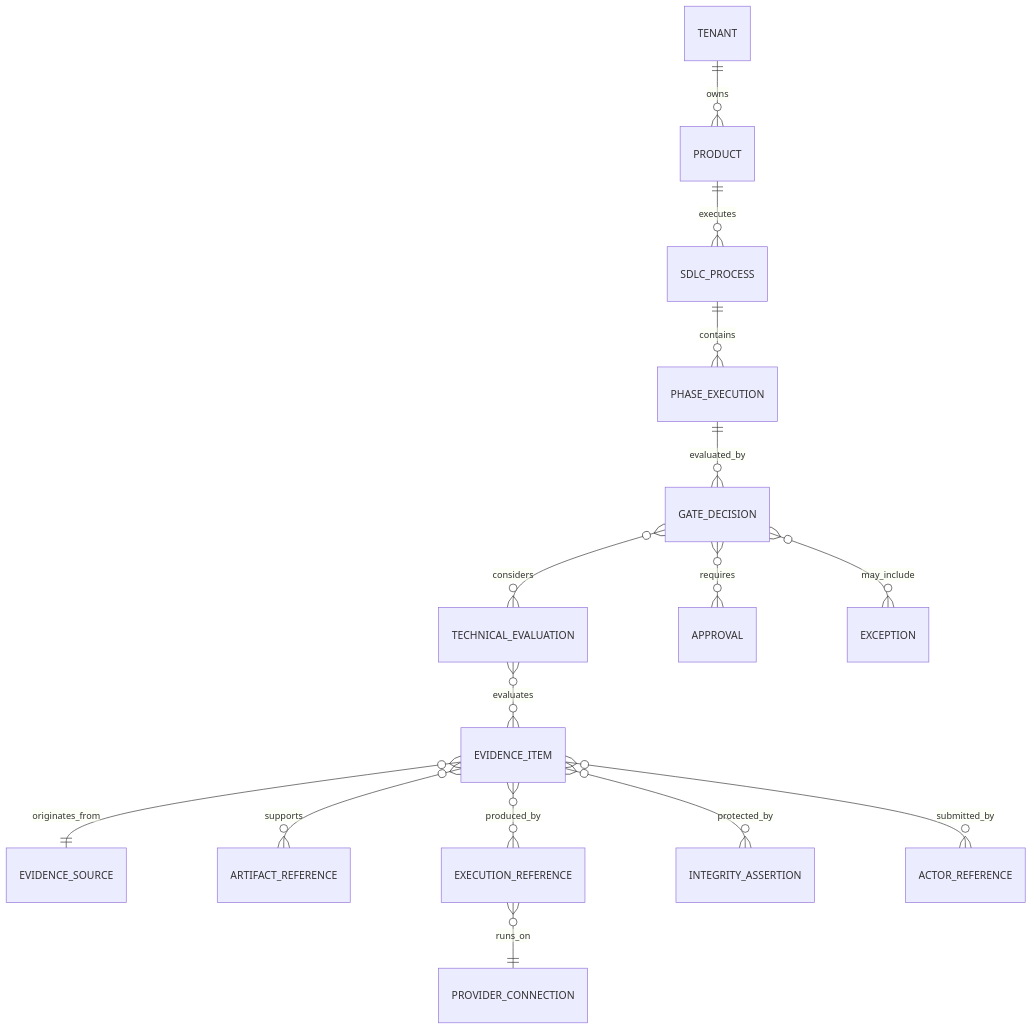
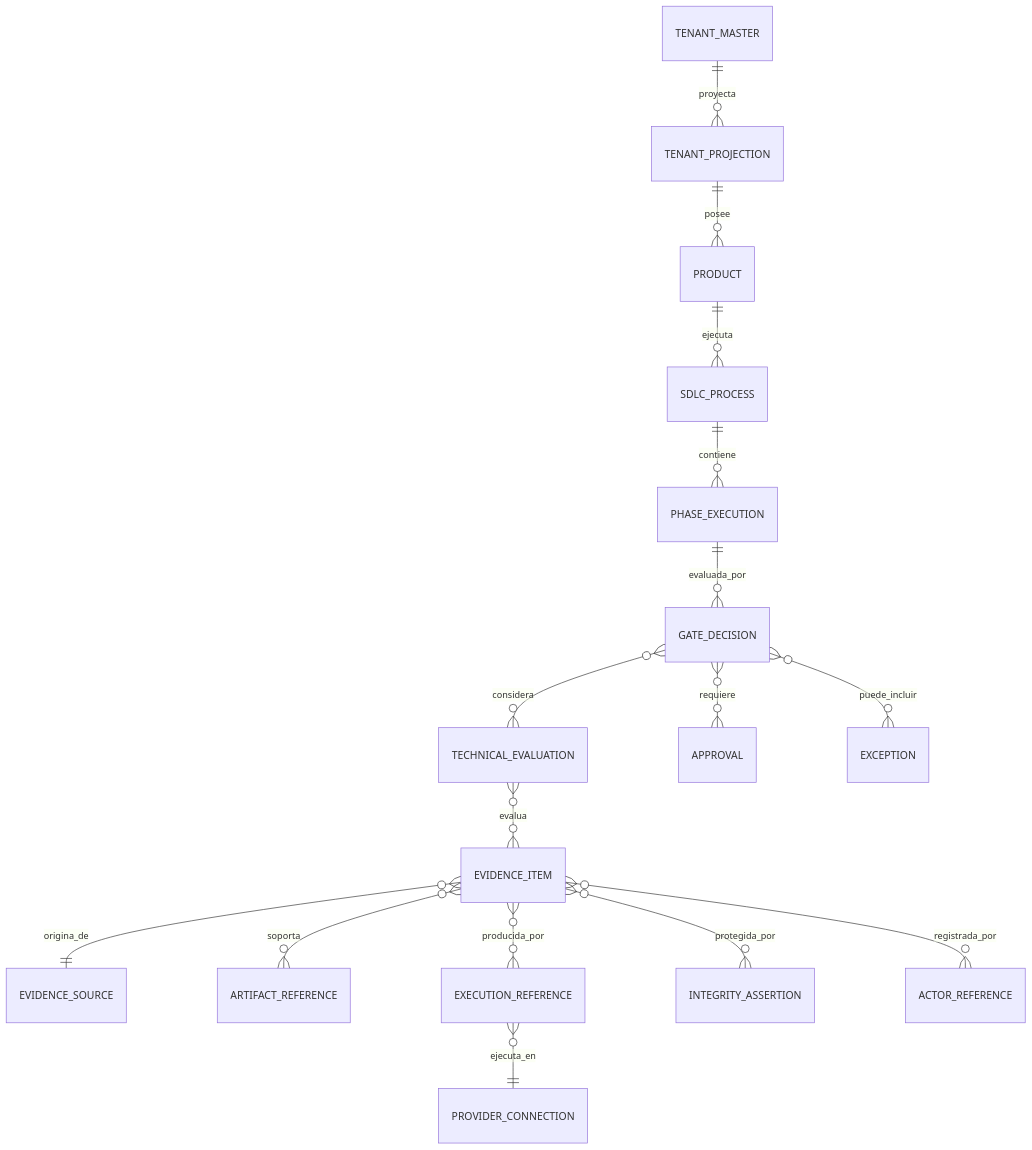
Before and after one commit to beyondnetcode/evolith_arch32: the fifth of 8 diagrams in product/suite/architecture/evolith-governed-composition-target-design.es.md, drawn with Mermaid. The commit also changed other lines of this file and 5 other files, not shown here.

Commit message:
docs: define tenant master projections

````diff
--- a/product/suite/architecture/evolith-governed-composition-target-design.es.md
+++ b/product/suite/architecture/evolith-governed-composition-target-design.es.md
@@ -230,17 +291,18 @@
 ```mermaid
 erDiagram
-    TENANT ||--o{ PRODUCT : owns
-    PRODUCT ||--o{ SDLC_PROCESS : executes
-    SDLC_PROCESS ||--o{ PHASE_EXECUTION : contains
-    PHASE_EXECUTION ||--o{ GATE_DECISION : evaluated_by
-    GATE_DECISION }o--o{ TECHNICAL_EVALUATION : considers
-    GATE_DECISION }o--o{ APPROVAL : requires
-    GATE_DECISION }o--o{ EXCEPTION : may_include
-    TECHNICAL_EVALUATION }o--o{ EVIDENCE_ITEM : evaluates
-    EVIDENCE_ITEM }o--|| EVIDENCE_SOURCE : originates_from
-    EVIDENCE_ITEM }o--o{ ARTIFACT_REFERENCE : supports
-    EVIDENCE_ITEM }o--o{ EXECUTION_REFERENCE : produced_by
-    EXECUTION_REFERENCE }o--|| PROVIDER_CONNECTION : runs_on
-    EVIDENCE_ITEM }o--o{ INTEGRITY_ASSERTION : protected_by
-    EVIDENCE_ITEM }o--o{ ACTOR_REFERENCE : submitted_by
+    TENANT_MASTER ||--o{ TENANT_PROJECTION : proyecta
+    TENANT_PROJECTION ||--o{ PRODUCT : posee
+    PRODUCT ||--o{ SDLC_PROCESS : ejecuta
+    SDLC_PROCESS ||--o{ PHASE_EXECUTION : contiene
+    PHASE_EXECUTION ||--o{ GATE_DECISION : evaluada_por
+    GATE_DECISION }o--o{ TECHNICAL_EVALUATION : considera
+    GATE_DECISION }o--o{ APPROVAL : requiere
+    GATE_DECISION }o--o{ EXCEPTION : puede_incluir
+    TECHNICAL_EVALUATION }o--o{ EVIDENCE_ITEM : evalua
+    EVIDENCE_ITEM }o--|| EVIDENCE_SOURCE : origina_de
+    EVIDENCE_ITEM }o--o{ ARTIFACT_REFERENCE : soporta
+    EVIDENCE_ITEM }o--o{ EXECUTION_REFERENCE : producida_por
+    EXECUTION_REFERENCE }o--|| PROVIDER_CONNECTION : ejecuta_en
+    EVIDENCE_ITEM }o--o{ INTEGRITY_ASSERTION : protegida_por
+    EVIDENCE_ITEM }o--o{ ACTOR_REFERENCE : registrada_por
 ```
````
